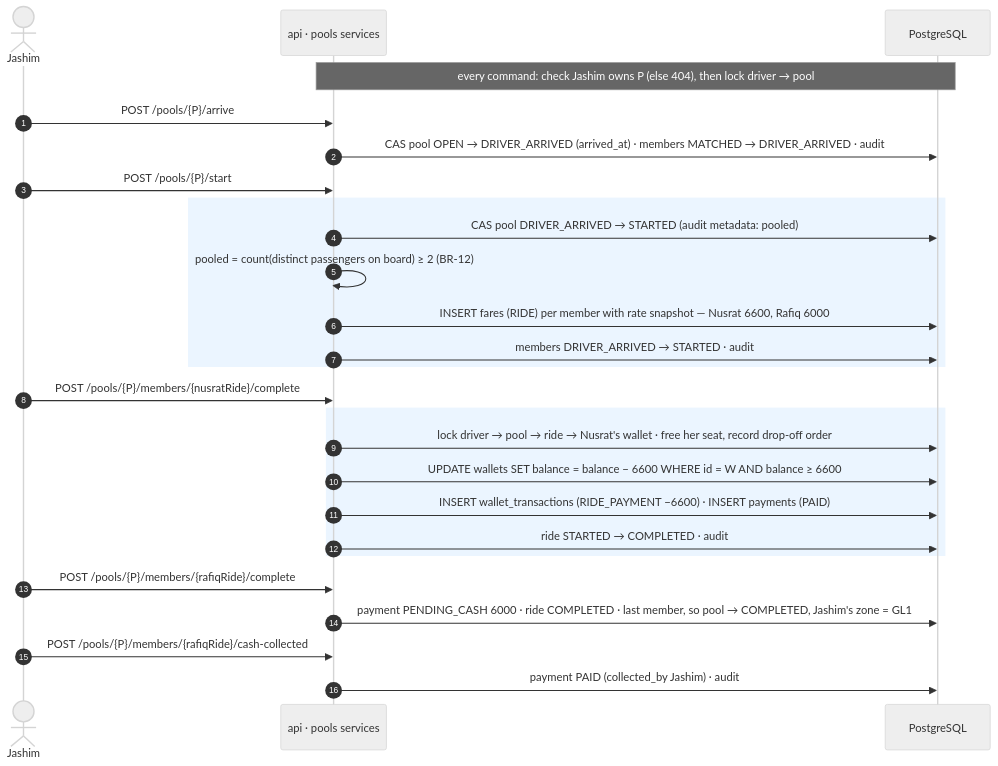
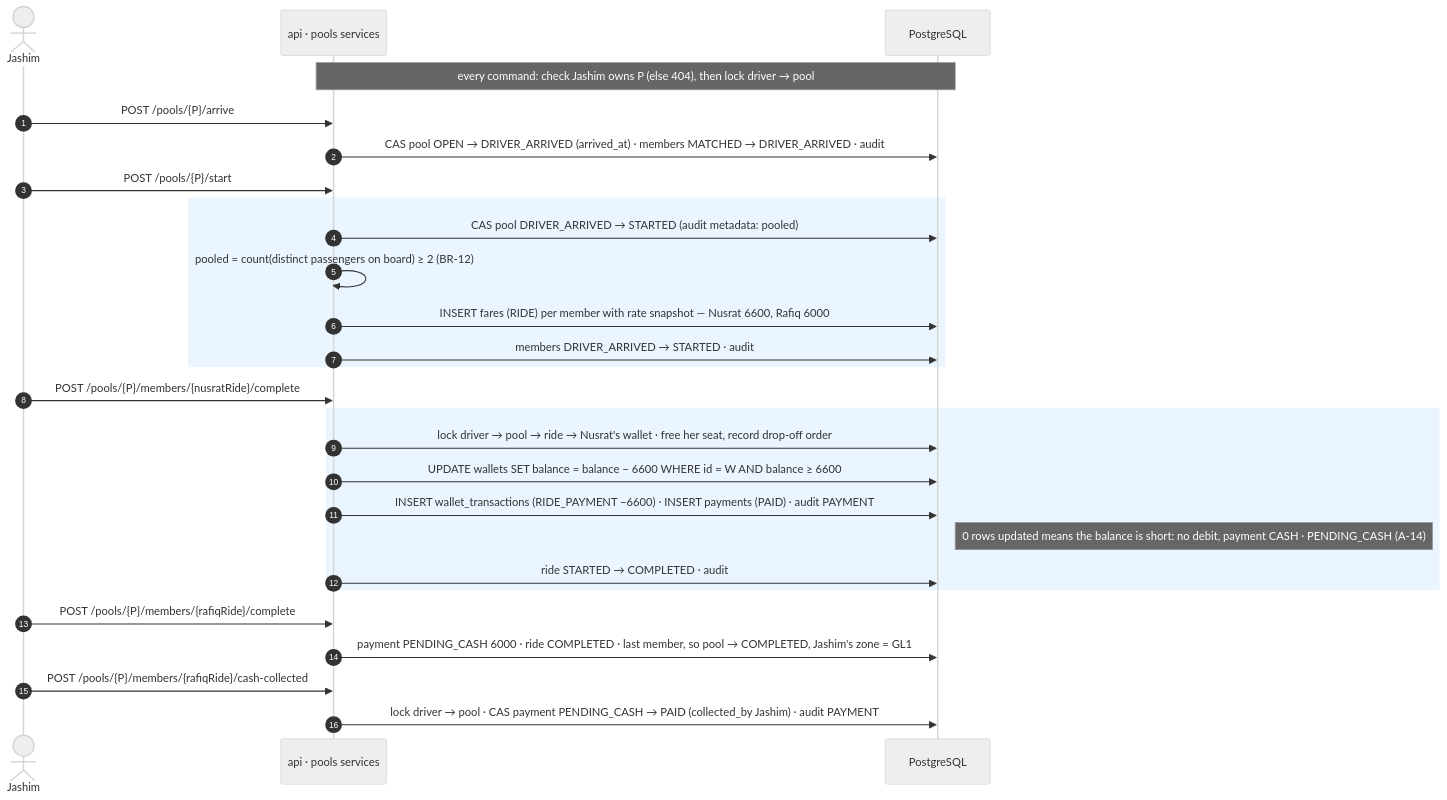
One commit to MahadiAhmed0/DhakaPool---Ride-Pooling-Shared-Fare-Platform changed the seventh of 9 diagrams in docs/ARCHITECTURE.md. Above: the diagram before and after it, drawn with Mermaid (neutral theme). The commit also changed other lines of this file and 3 other files, not shown here.

First line of the commit message:
docs: sync architecture, ERD, conventions and tracker with the wallet module

````diff
--- a/docs/ARCHITECTURE.md
+++ b/docs/ARCHITECTURE.md
@@ -254,28 +255,29 @@
 ```mermaid
 sequenceDiagram
     autonumber
     actor J as Jashim
     participant A as api · pools services
     participant DB as PostgreSQL
     note over A,DB: every command: check Jashim owns P (else 404), then lock driver → pool
     J->>A: POST /pools/{P}/arrive
     A->>DB: CAS pool OPEN → DRIVER_ARRIVED (arrived_at) · members MATCHED → DRIVER_ARRIVED · audit
     J->>A: POST /pools/{P}/start
     rect rgb(235, 245, 255)
     A->>DB: CAS pool DRIVER_ARRIVED → STARTED (audit metadata: pooled)
     A->>A: pooled = count(distinct passengers on board) ≥ 2 (BR-12)
     A->>DB: INSERT fares (RIDE) per member with rate snapshot — Nusrat 6600, Rafiq 6000
     A->>DB: members DRIVER_ARRIVED → STARTED · audit
     end
     J->>A: POST /pools/{P}/members/{nusratRide}/complete
     rect rgb(235, 245, 255)
     A->>DB: lock driver → pool → ride → Nusrat's wallet · free her seat, record drop-off order
     A->>DB: UPDATE wallets SET balance = balance − 6600 WHERE id = W AND balance ≥ 6600
-    A->>DB: INSERT wallet_transactions (RIDE_PAYMENT −6600) · INSERT payments (PAID)
+    A->>DB: INSERT wallet_transactions (RIDE_PAYMENT −6600) · INSERT payments (PAID) · audit PAYMENT
+    note right of DB: 0 rows updated means the balance is short: no debit, payment CASH · PENDING_CASH (A-14)
     A->>DB: ride STARTED → COMPLETED · audit
     end
     J->>A: POST /pools/{P}/members/{rafiqRide}/complete
     A->>DB: payment PENDING_CASH 6000 · ride COMPLETED · last member, so pool → COMPLETED, Jashim's zone = GL1
     J->>A: POST /pools/{P}/members/{rafiqRide}/cash-collected
-    A->>DB: payment PAID (collected_by Jashim) · audit
+    A->>DB: lock driver → pool · CAS payment PENDING_CASH → PAID (collected_by Jashim) · audit PAYMENT
 ```
````
